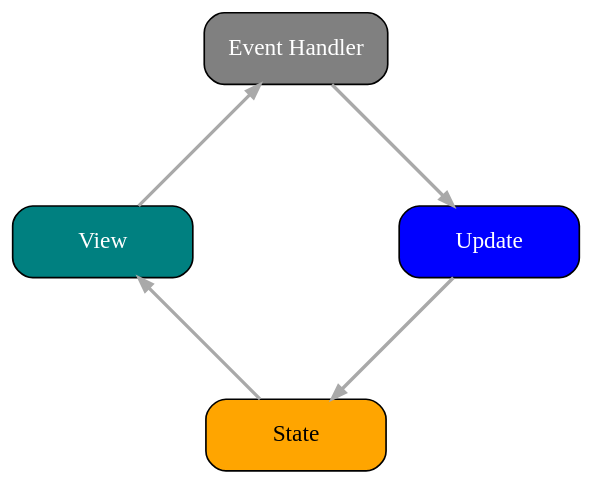
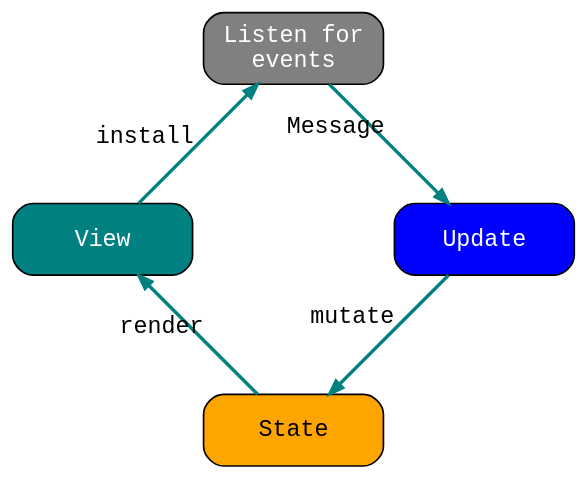
Before and after one commit to barafael/iced-on-ice: the diagram in assets/elm.dot, drawn with Graphviz. The commit also changed 2 other files, not shown here.

```diff
--- a/assets/elm.dot
+++ b/assets/elm.dot
@@ -1,29 +1,42 @@
 digraph elm {
   layout=circo
   bgcolor=transparent
 
   node [
     shape=box
     style="filled,rounded"
-    fontname="Fira Sans"
+    fontname="Courier"
     fontsize=14
     width=1.5
     height=0.6
   ]
 
   edge [
+    fontname="Courier"
     color=darkgray
     penwidth=2
     arrowsize=0.8
   ]
 
   State [fillcolor="orange", root=true]
   View [fillcolor="teal", fontcolor=white]
-  "Event Handler" [fillcolor="gray", fontcolor=white]
+  "Listen for\nevents" [fillcolor="gray", fontcolor=white]
   Update [fillcolor="blue", fontcolor=white]
 
-  State -> View
-  View -> "Event Handler"
-  "Event Handler" -> Update
-  Update -> State
+  State -> View [
+    label="render"
+    color=teal
+  ]
+  View -> "Listen for\nevents" [
+    label="install"
+    color=teal
+  ]
+  "Listen for\nevents" -> Update [
+    label="Message"
+    color=teal
+  ]
+  Update -> State [
+    label="mutate"
+    color=teal
+  ]
 }
```
